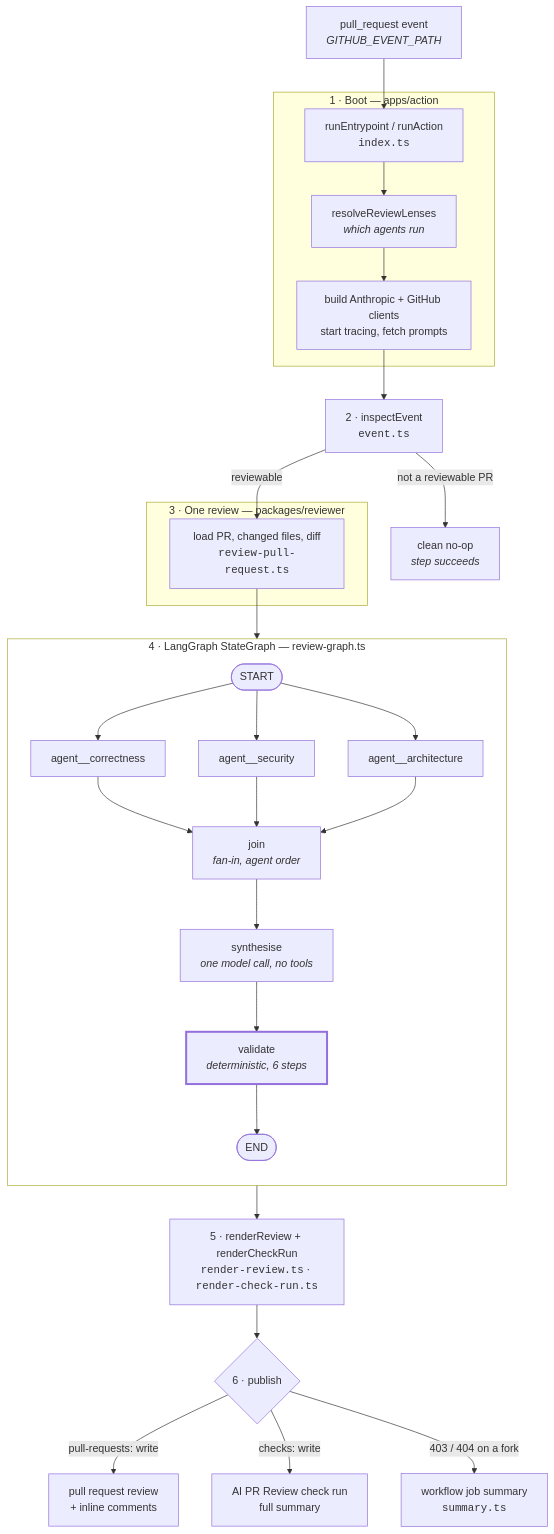
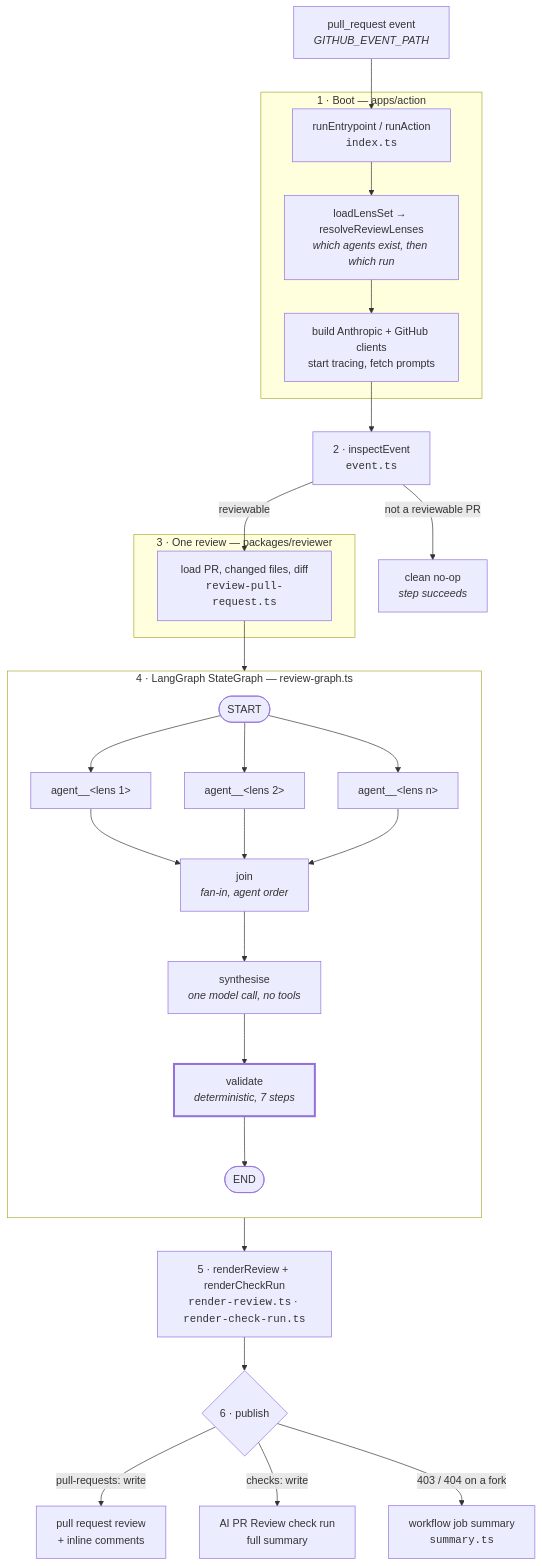
One commit to sunnyeyles/pr-review-agents changed the diagram in docs/agent-flow.md. Above: the diagram before and after it, drawn with Mermaid. The commit also changed other lines of this file and 40 other files, not shown here.

````diff
--- a/docs/agent-flow.md
+++ b/docs/agent-flow.md
@@ -14,43 +19,43 @@
 ```mermaid
 flowchart TD
     EVENT["pull_request event<br/><i>GITHUB_EVENT_PATH</i>"] --> ENTRY
 
     subgraph BOOT["1 · Boot — apps/action"]
         ENTRY["runEntrypoint / runAction<br/><code>index.ts</code>"]
-        ENTRY --> LENS["resolveReviewLenses<br/><i>which agents run</i>"]
+        ENTRY --> LENS["loadLensSet → resolveReviewLenses<br/><i>which agents exist, then which run</i>"]
         LENS --> CLIENTS["build Anthropic + GitHub clients<br/>start tracing, fetch prompts"]
     end
 
     CLIENTS --> INSPECT["2 · inspectEvent<br/><code>event.ts</code>"]
     INSPECT -->|not a reviewable PR| NOOP["clean no-op<br/><i>step succeeds</i>"]
     INSPECT -->|reviewable| LOAD
 
     subgraph REVIEW["3 · One review — packages/reviewer"]
         LOAD["load PR, changed files, diff<br/><code>review-pull-request.ts</code>"]
     end
 
     LOAD --> GRAPH
 
     subgraph GRAPH["4 · LangGraph StateGraph — review-graph.ts"]
         direction TB
         START(["START"])
-        START --> A1["agent__correctness"]
-        START --> A2["agent__security"]
-        START --> A3["agent__architecture"]
+        START --> A1["agent__&lt;lens 1&gt;"]
+        START --> A2["agent__&lt;lens 2&gt;"]
+        START --> A3["agent__&lt;lens n&gt;"]
         A1 --> JOIN["join<br/><i>fan-in, agent order</i>"]
         A2 --> JOIN
         A3 --> JOIN
         JOIN --> SYNTH["synthesise<br/><i>one model call, no tools</i>"]
-        SYNTH --> VAL["validate<br/><i>deterministic, 6 steps</i>"]
+        SYNTH --> VAL["validate<br/><i>deterministic, 7 steps</i>"]
         VAL --> ENDN(["END"])
     end
 
     GRAPH --> RENDER["5 · renderReview + renderCheckRun<br/><code>render-review.ts</code> · <code>render-check-run.ts</code>"]
     RENDER --> PUB{"6 · publish"}
     PUB -->|pull-requests: write| COMMENTS["pull request review<br/>+ inline comments"]
     PUB -->|checks: write| CHECK["AI PR Review check run<br/>full summary"]
     PUB -->|403 / 404 on a fork| SUM["workflow job summary<br/><code>summary.ts</code>"]
 
     style GRAPH fill:transparent
     style VAL stroke-width:3px
 ```
````
